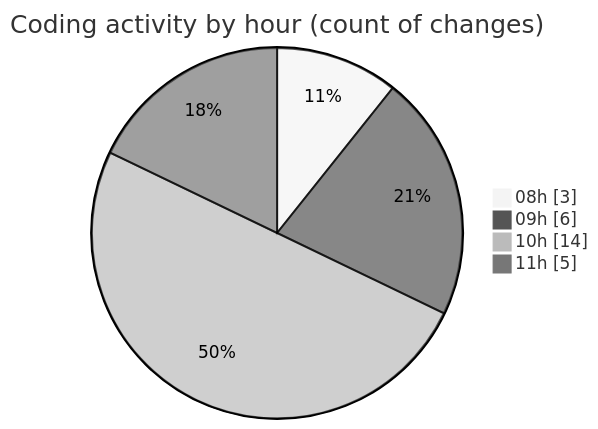
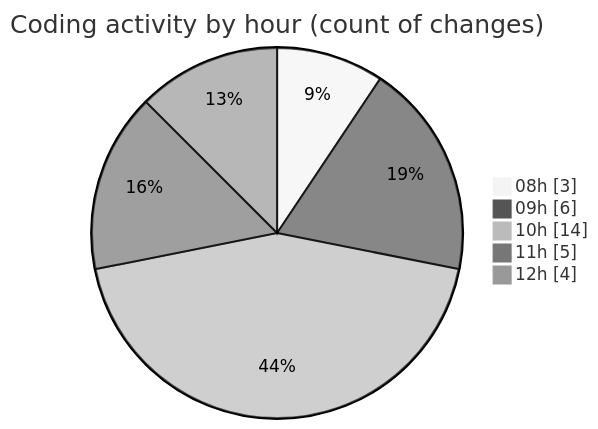
Before and after one commit to BS-eng2023/code-tracking: the second of 2 diagrams in 2025-04-01/jsvms/README.md, drawn with Mermaid (neutral theme). The commit also changed other lines of this file and 1 other file, not shown here.

````diff
--- a/2025-04-01/jsvms/README.md
+++ b/2025-04-01/jsvms/README.md
@@ -42,8 +44,9 @@
 ```mermaid
 pie showData
 title Coding activity by hour (count of changes)
 "08h" : 3
 "09h" : 6
 "10h" : 14
 "11h" : 5
+"12h" : 4
 ```
````
